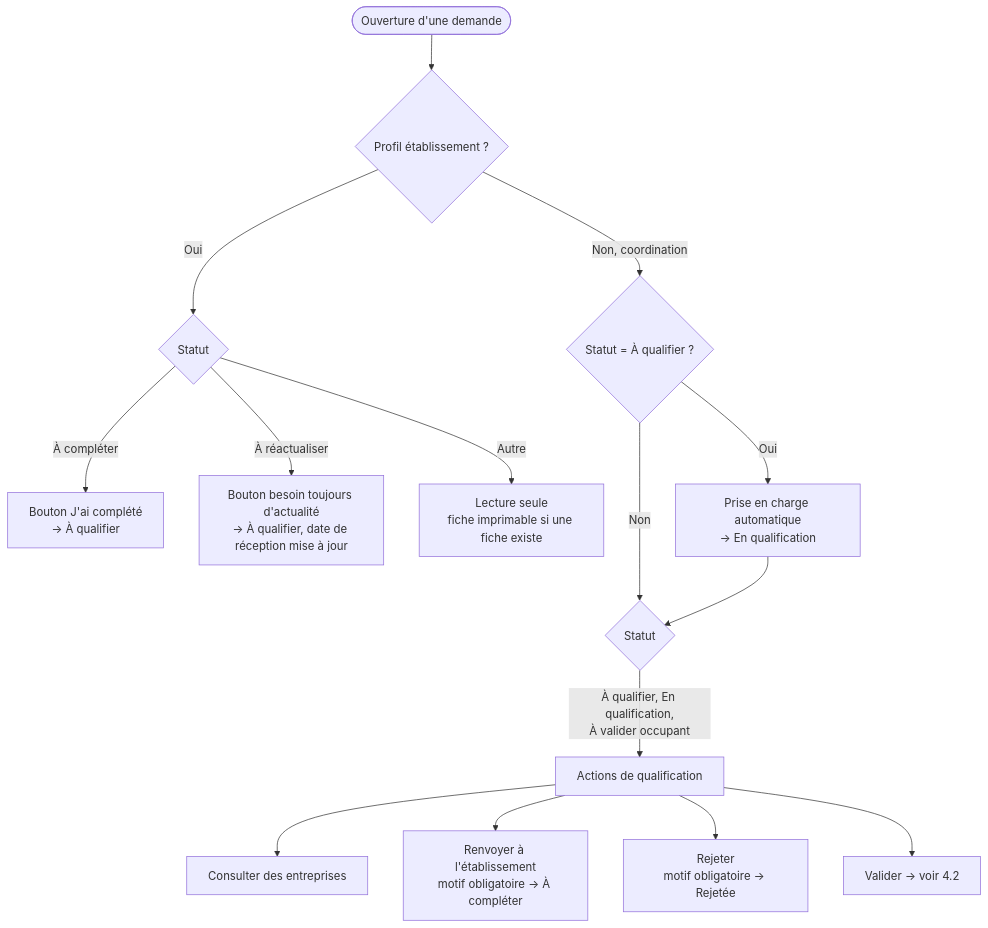
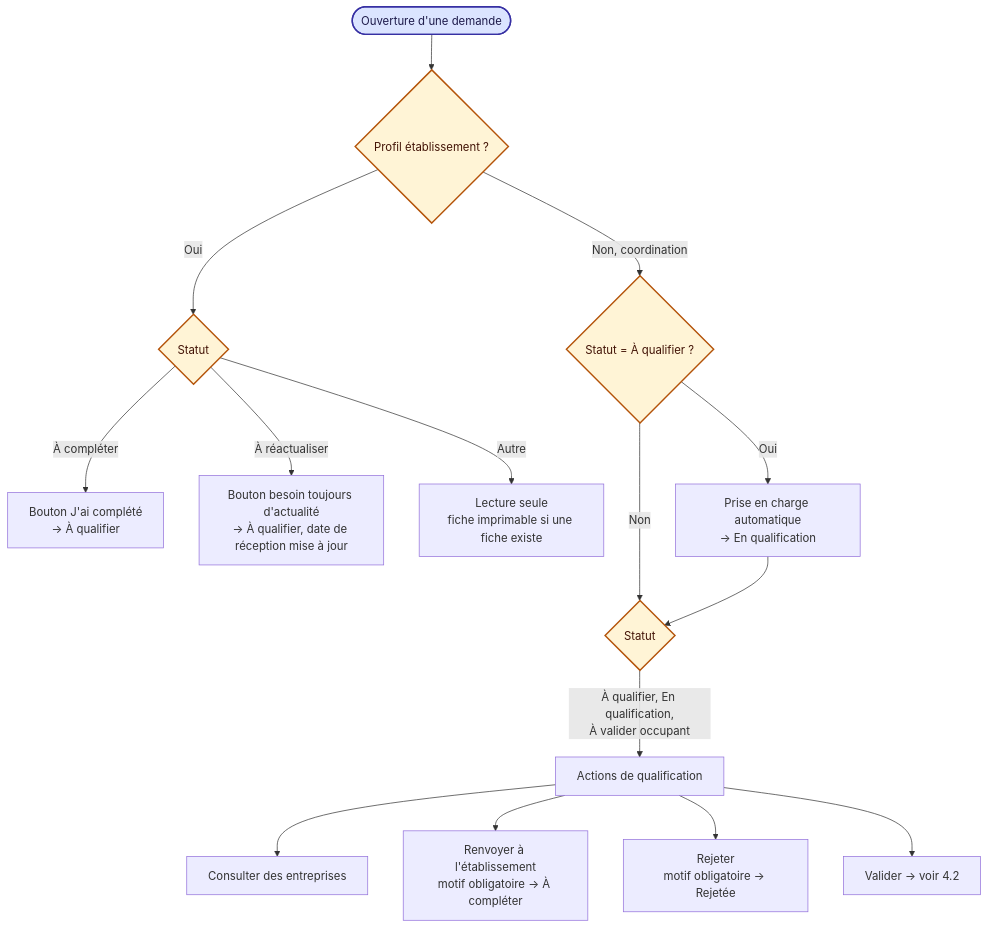
One commit to Mogot77/Application_Gestion_Travaux changed the first of 3 diagrams in docs/organigrammes/04-qualification.md. Above: the diagram before and after it, drawn with Mermaid. The commit also changed other lines of this file and 32 other files, not shown here.

Commit message:
docs: rework flowcharts for readability (colors, larger text, split long diagrams, recent rules)

````diff
--- a/docs/organigrammes/04-qualification.md
+++ b/docs/organigrammes/04-qualification.md
@@ -7,17 +7,24 @@
 ```mermaid
 flowchart TD
     A([Ouverture d'une demande]) --> B{Profil établissement ?}
     B -- Oui --> C{Statut}
     C -- "À compléter" --> C1[Bouton J'ai complété<br/>→ À qualifier]
     C -- "À réactualiser" --> C2[Bouton besoin toujours d'actualité<br/>→ À qualifier, date de réception mise à jour]
     C -- Autre --> C3[Lecture seule<br/>fiche imprimable si une fiche existe]
     B -- "Non, coordination" --> D{Statut = À qualifier ?}
     D -- Oui --> D1[Prise en charge automatique<br/>→ En qualification]
     D -- Non --> E
     D1 --> E{Statut}
     E -- "À qualifier, En qualification,<br/>À valider occupant" --> F[Actions de qualification]
     F --> F1[Consulter des entreprises]
     F --> F2[Renvoyer à l'établissement<br/>motif obligatoire → À compléter]
     F --> F3[Rejeter<br/>motif obligatoire → Rejetée]
     F --> F4[Valider → voir 4.2]
+    %% styles communs
+    classDef dec fill:#fff4d6,stroke:#b45309,stroke-width:2px,color:#431407
+    classDef term fill:#dbe4ff,stroke:#3730a3,stroke-width:2px,color:#1e1b4b
+    classDef err fill:#fde2e2,stroke:#b91c1c,stroke-width:2px,color:#450a0a
+    classDef ok fill:#dcfce7,stroke:#15803d,stroke-width:2px,color:#052e16
+    class B,C,D,E dec
+    class A term
 ```
````
